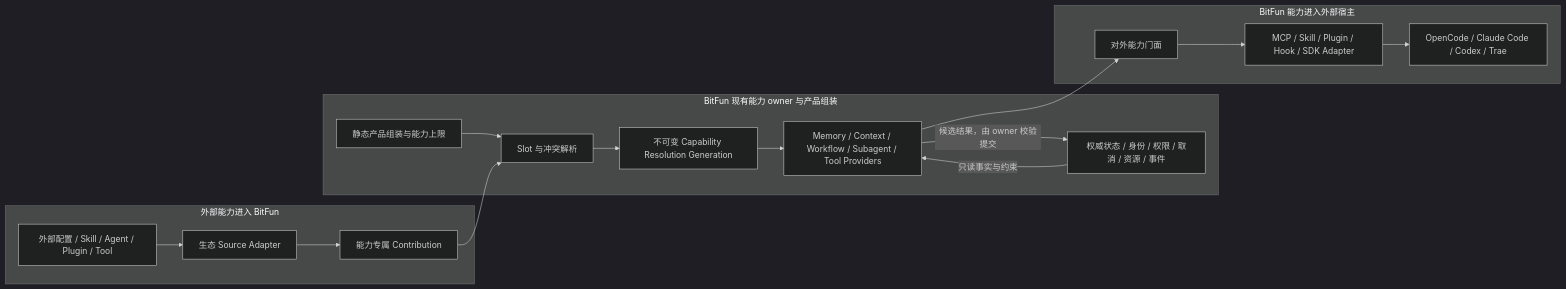
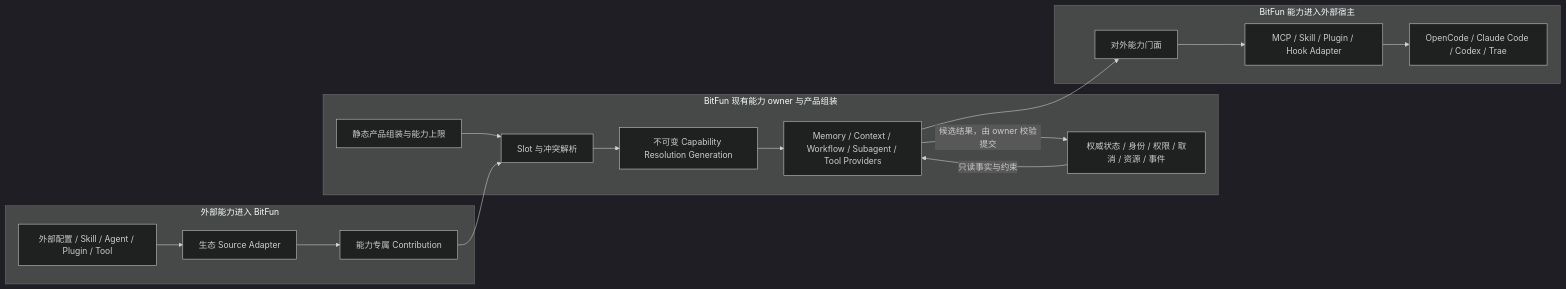
The diagram in docs/architecture/extensions/capability-runtime-integration-design.md (1688mengdie/BitFun), drawn with Mermaid (dark theme) before and after one commit. The commit also changed other lines of this file and 4 other files, not shown here.

Commit message:
docs(architecture): define agent SDK product boundary

````diff
--- a/docs/architecture/extensions/capability-runtime-integration-design.md
+++ b/docs/architecture/extensions/capability-runtime-integration-design.md
@@ -99,29 +101,29 @@
 ```mermaid
 flowchart LR
   subgraph Import["外部能力进入 BitFun"]
     ExternalSource["外部配置 / Skill / Agent / Plugin / Tool"]
     SourceAdapter["生态 Source Adapter"]
     Contribution["能力专属 Contribution"]
     ExternalSource --> SourceAdapter --> Contribution
   end
 
   subgraph Runtime["BitFun 现有能力 owner 与产品组装"]
     Resolver["Slot 与冲突解析"]
     ProductAssembly["静态产品组装与能力上限"]
     Generation["不可变 Capability Resolution Generation"]
     Providers["Memory / Context / Workflow / Subagent / Tool Providers"]
     KernelFacts["权威状态 / 身份 / 权限 / 取消 / 资源 / 事件"]
     ProductAssembly --> Resolver
     Contribution --> Resolver --> Generation --> Providers
     KernelFacts -->|只读事实与约束| Providers
     Providers -->|候选结果，由 owner 校验提交| KernelFacts
   end
 
   subgraph Export["BitFun 能力进入外部宿主"]
     Facade["对外能力门面"]
-    HostAdapter["MCP / Skill / Plugin / Hook / SDK Adapter"]
+    HostAdapter["MCP / Skill / Plugin / Hook Adapter"]
     Host["OpenCode / Claude Code / Codex / Trae"]
     Providers --> Facade --> HostAdapter --> Host
   end
 
 ```
````
